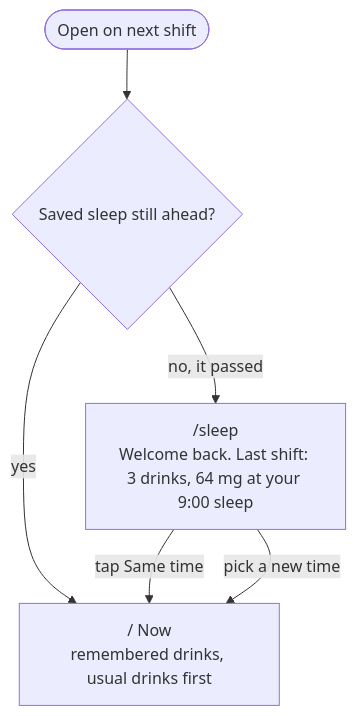
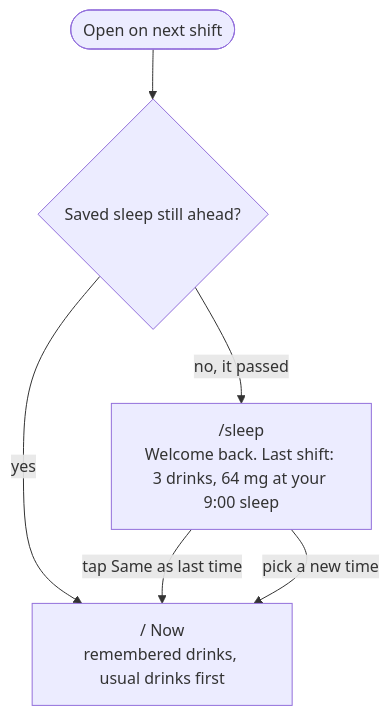
Before and after one commit to nocturnalvigilante/design_ship_build_homework_3: the third of 3 diagrams in README.md, drawn with Mermaid. The commit also changed other lines of this file and 3 other files, not shown here.

First line of the commit message:
sleep: the question comes first; return buttons say 'Same as last time' vs 'Use the time above'

````diff
--- a/README.md
+++ b/README.md
@@ -69,8 +69,8 @@
 ```mermaid
 flowchart TD
   A([Open on next shift]) --> B{Saved sleep still ahead?}
   B -- yes --> N["/ Now<br/>remembered drinks, usual drinks first"]
   B -- no, it passed --> S["/sleep<br/>Welcome back. Last shift: 3 drinks, 64 mg at your 9:00 sleep"]
-  S -- tap Same time --> N
+  S -- tap Same as last time --> N
   S -- pick a new time --> N
 ```
````
